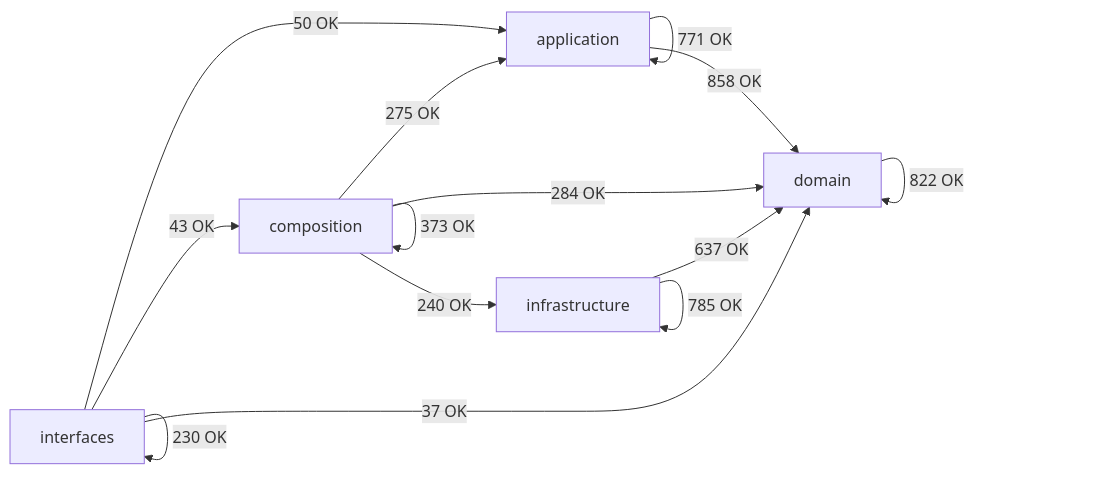
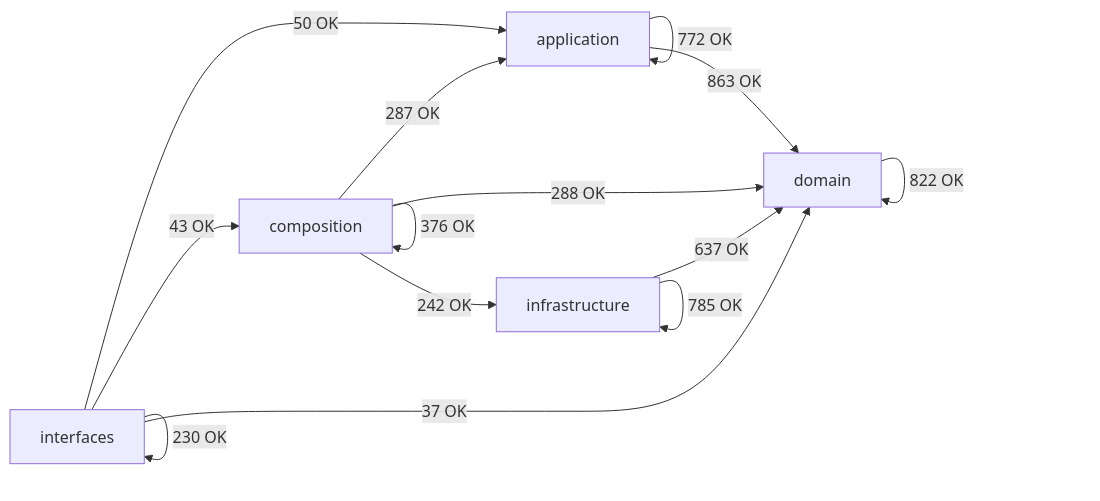
Before and after one commit to SatoryKono/BioactivityDataAcquisition: the diagram in docs/02-architecture/generated/module-dependency-map.md, drawn with Mermaid. The commit also changed other lines of this file and 21 other files, not shown here.

````diff
--- a/docs/02-architecture/generated/module-dependency-map.md
+++ b/docs/02-architecture/generated/module-dependency-map.md
@@ -17,21 +17,21 @@
 ```mermaid
 flowchart LR
     domain[domain]
     application[application]
     infrastructure[infrastructure]
     composition[composition]
     interfaces[interfaces]
-    application -->|771 OK| application
-    application -->|858 OK| domain
-    composition -->|275 OK| application
-    composition -->|373 OK| composition
-    composition -->|284 OK| domain
-    composition -->|240 OK| infrastructure
+    application -->|772 OK| application
+    application -->|863 OK| domain
+    composition -->|287 OK| application
+    composition -->|376 OK| composition
+    composition -->|288 OK| domain
+    composition -->|242 OK| infrastructure
     domain -->|822 OK| domain
     infrastructure -->|637 OK| domain
     infrastructure -->|785 OK| infrastructure
     interfaces -->|50 OK| application
     interfaces -->|43 OK| composition
     interfaces -->|37 OK| domain
     interfaces -->|230 OK| interfaces
 ```
````
